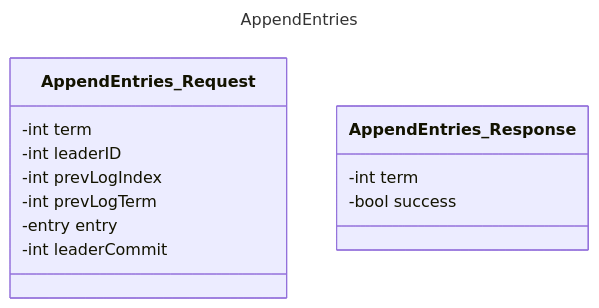
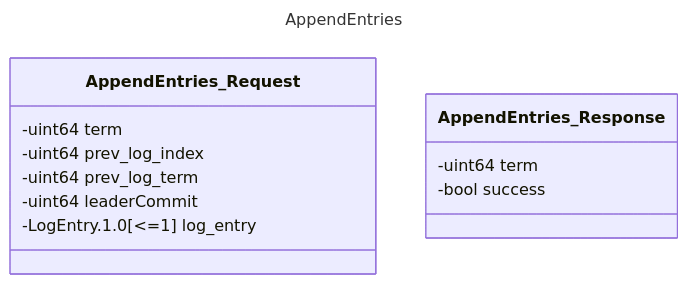
One commit to OpenCyphal-Garage/cyraft changed the third of 3 diagrams in README.md. Above: the diagram before and after it, drawn with Mermaid. The commit also changed other lines of this file and 1 other file, not shown here.

````diff
--- a/README.md
+++ b/README.md
@@ -296,20 +164,18 @@
 ```mermaid
 ---
 title: AppendEntries
 ---
 classDiagram
     class AppendEntries_Request{
-        -int term
-        -int leaderID
-        -int prevLogIndex
-        -int prevLogTerm
-        -entry entry
-        -int leaderCommit
+        -uint64 term
+        -uint64 prev_log_index
+        -uint64 prev_log_term
+        -uint64 leaderCommit
+        -LogEntry.1.0[<=1] log_entry
     }
 
     class AppendEntries_Response{
-        -int term
+        -uint64 term
         -bool success
-
     }
 ```
````
